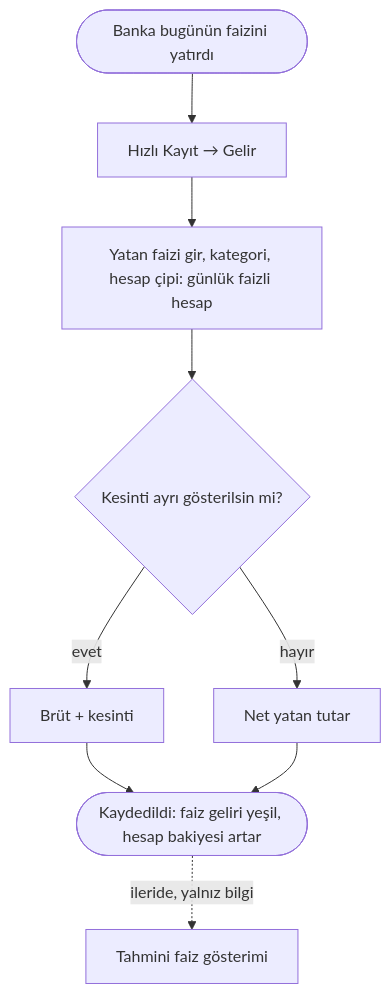
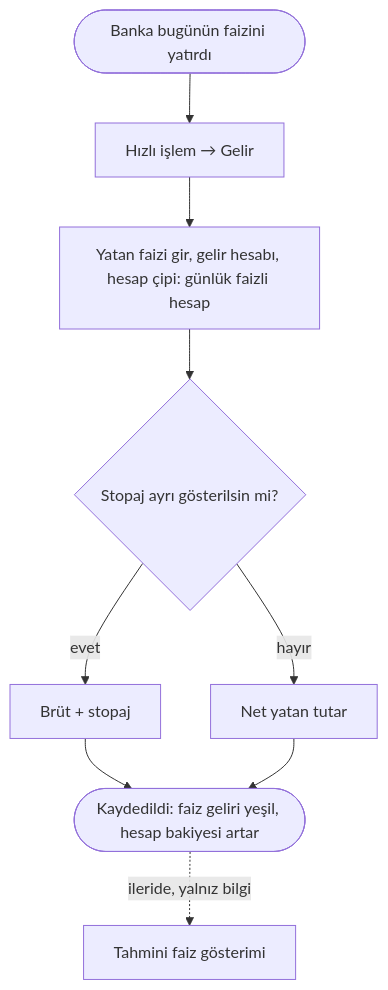
Before and after one commit to akderelianil/aa-finance: the diagram in docs/ux/akislar/AKS-010-gunluk-faizli-hesap.md, drawn with Mermaid. The commit also changed other lines of this file and 18 other files, not shown here.

````diff
--- a/docs/ux/akislar/AKS-010-gunluk-faizli-hesap.md
+++ b/docs/ux/akislar/AKS-010-gunluk-faizli-hesap.md
@@ -21,11 +21,11 @@
 ```mermaid
 flowchart TD
-  A([Banka bugünün faizini yatırdı]) --> B[Hızlı Kayıt → Gelir]
-  B --> C[Yatan faizi gir, kategori, hesap çipi: günlük faizli hesap]
-  C --> D{Kesinti ayrı gösterilsin mi?}
-  D -- evet --> E[Brüt + kesinti]
+  A([Banka bugünün faizini yatırdı]) --> B[Hızlı işlem → Gelir]
+  B --> C[Yatan faizi gir, gelir hesabı, hesap çipi: günlük faizli hesap]
+  C --> D{Stopaj ayrı gösterilsin mi?}
+  D -- evet --> E[Brüt + stopaj]
   D -- hayır --> F[Net yatan tutar]
   E --> G([Kaydedildi: faiz geliri yeşil, hesap bakiyesi artar])
   F --> G
   G -. ileride, yalnız bilgi .-> H[Tahmini faiz gösterimi]
 ```
````
